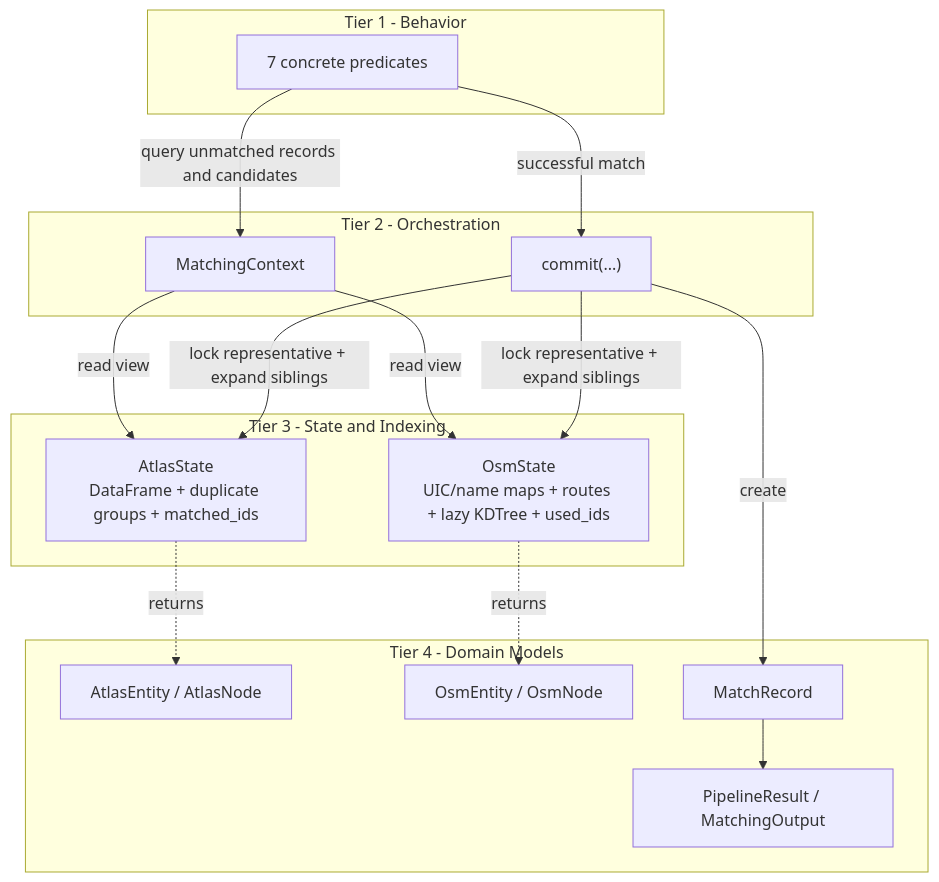
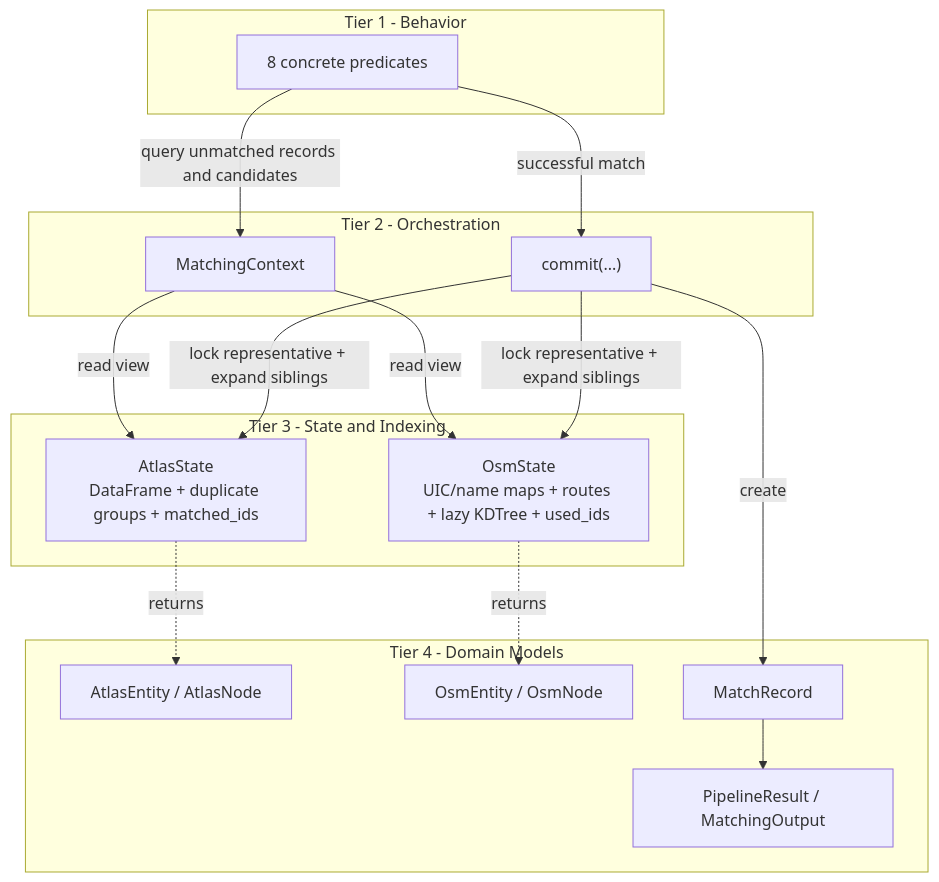
One commit to openTdataCH/stop_sync_osm_atlas changed the second of 4 diagrams in documentation/2. Matching process.md. Above: the diagram before and after it, drawn with Mermaid. The commit also changed other lines of this file and 43 other files, not shown here.

````diff
--- a/documentation/2. Matching process.md
+++ b/documentation/2. Matching process.md
@@ -32,35 +32,35 @@
 ```mermaid
 flowchart TD
 
     subgraph T1["Tier 1 - Behavior"]
-        P["7 concrete predicates"]:::behavior
+        P["8 concrete predicates"]:::behavior
     end
 
     subgraph T2["Tier 2 - Orchestration"]
         Ctx["MatchingContext"]:::orchestration
         Commit["commit(...)"]:::action
     end
 
     subgraph T3["Tier 3 - State and Indexing"]
         AtlasState["AtlasState\nDataFrame + duplicate groups + matched_ids"]:::state
         OsmState["OsmState\nUIC/name maps + routes + lazy KDTree + used_ids"]:::state
     end
 
     subgraph T4["Tier 4 - Domain Models"]
         AtlasEntity["AtlasEntity / AtlasNode"]:::model
         OsmEntity["OsmEntity / OsmNode"]:::model
         MatchRecord["MatchRecord"]:::model
         Output["PipelineResult / MatchingOutput"]:::model
     end
 
     P -->|query unmatched records and candidates| Ctx
     Ctx -->|read view| AtlasState
     Ctx -->|read view| OsmState
     AtlasState -.->|returns| AtlasEntity
     OsmState -.->|returns| OsmEntity
     P -->|successful match| Commit
     Commit -->|lock representative + expand siblings| AtlasState
     Commit -->|lock representative + expand siblings| OsmState
     Commit --->|create| MatchRecord
     MatchRecord --> Output
 ```
````
